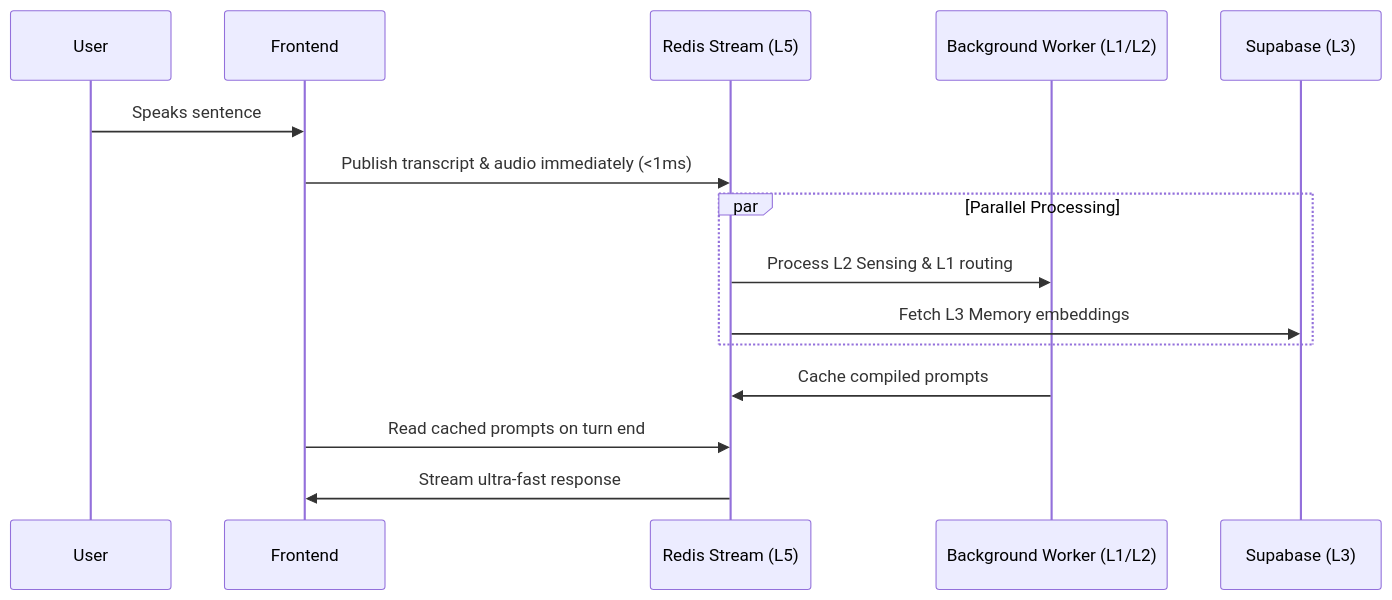
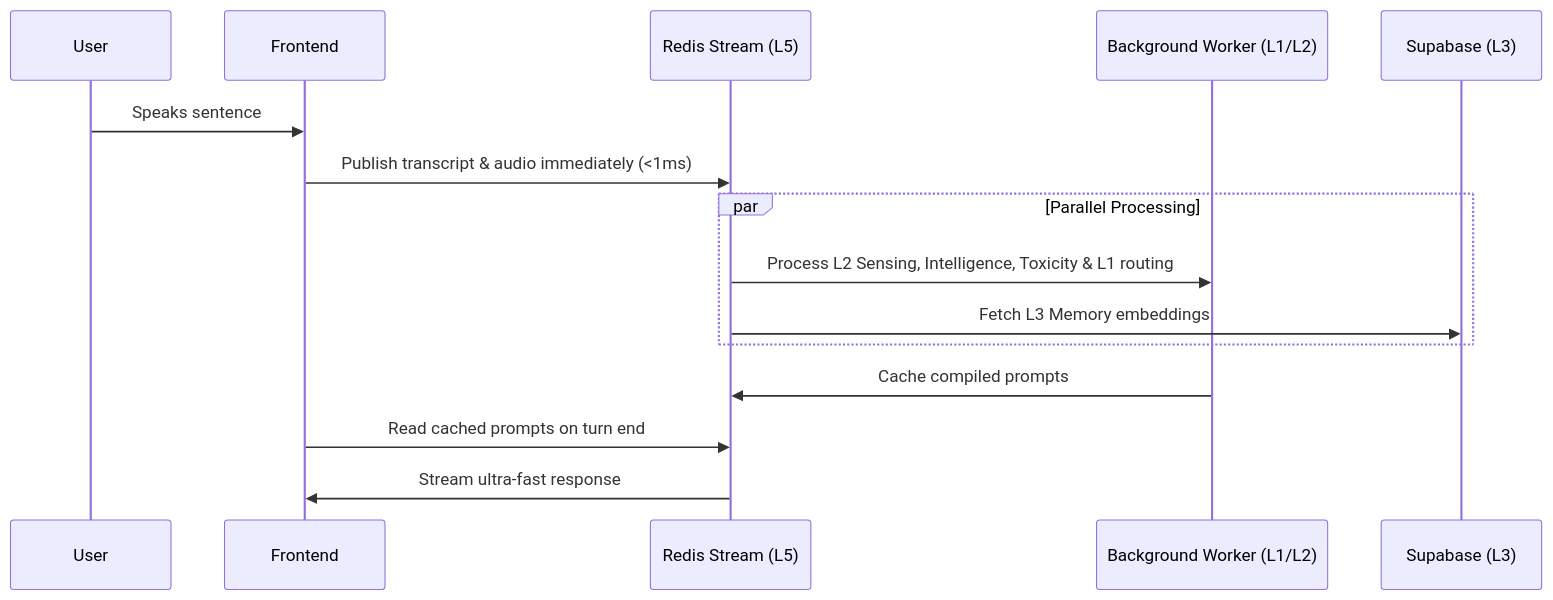
One commit to BhattAyush17/AURA_CHAT changed the third of 3 diagrams in README.md. Above: the diagram before and after it, drawn with Mermaid. The commit also changed other lines of this file and 1 other file, not shown here.

Commit message:
docs: add toxicity and intelligence diagrams and latest improvements

````diff
--- a/README.md
+++ b/README.md
@@ -76,18 +75,18 @@
 ```mermaid
 sequenceDiagram
     participant U as User
     participant F as Frontend
     participant R as Redis Stream (L5)
     participant B as Background Worker (L1/L2)
     participant DB as Supabase (L3)
 
     U->>F: Speaks sentence
     F->>R: Publish transcript & audio immediately (<1ms)
     par Parallel Processing
-        R->>B: Process L2 Sensing & L1 routing
+        R->>B: Process L2 Sensing, Intelligence, Toxicity & L1 routing
         R->>DB: Fetch L3 Memory embeddings
     end
     B->>R: Cache compiled prompts
     F->>R: Read cached prompts on turn end
     R->>F: Stream ultra-fast response
 ```
````
